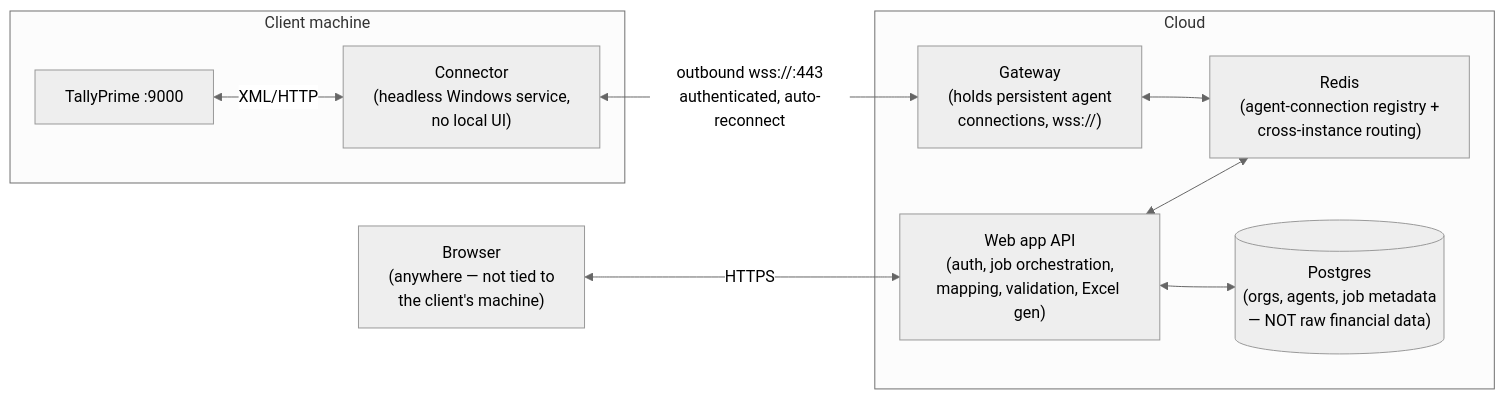
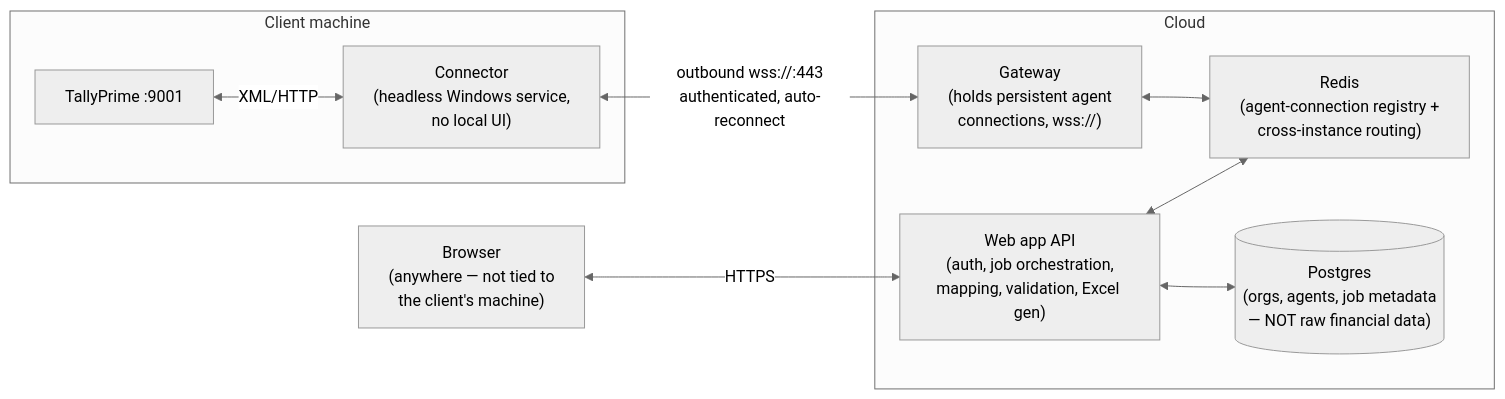
One commit to MMC-CONVERT2505/tallyprime_template_ext changed the diagram in frontend/docs/architecture.md. Above: the diagram before and after it, drawn with Mermaid (neutral theme). The commit also changed other lines of this file and 42 other files, not shown here.

````diff
--- a/frontend/docs/architecture.md
+++ b/frontend/docs/architecture.md
@@ -15,21 +15,21 @@
 ```mermaid
 flowchart LR
     subgraph "Client machine"
-        T["TallyPrime :9000"]
+        T["TallyPrime :9001"]
         Agt["Connector\n(headless Windows service,\nno local UI)"]
         T <-->|"XML/HTTP"| Agt
     end
     subgraph "Cloud"
         GW["Gateway\n(holds persistent agent\nconnections, wss://)"]
         Bus["Redis\n(agent-connection registry +\ncross-instance routing)"]
         API["Web app API\n(auth, job orchestration,\nmapping, validation, Excel gen)"]
         DB[("Postgres\n(orgs, agents, job metadata\n— NOT raw financial data)")]
     end
     Br["Browser\n(anywhere — not tied to\nthe client's machine)"]
 
     Agt <-->|"outbound wss://:443\nauthenticated, auto-reconnect"| GW
     GW <--> Bus
     API <--> Bus
     Br <-->|HTTPS| API
     API <--> DB
 ```
````
